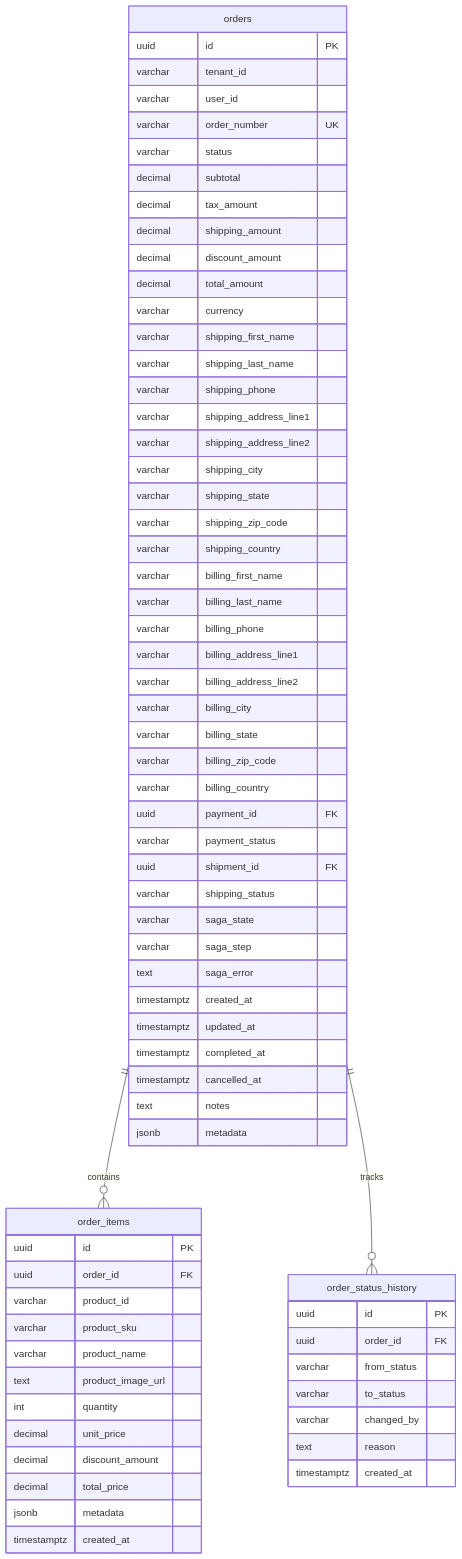
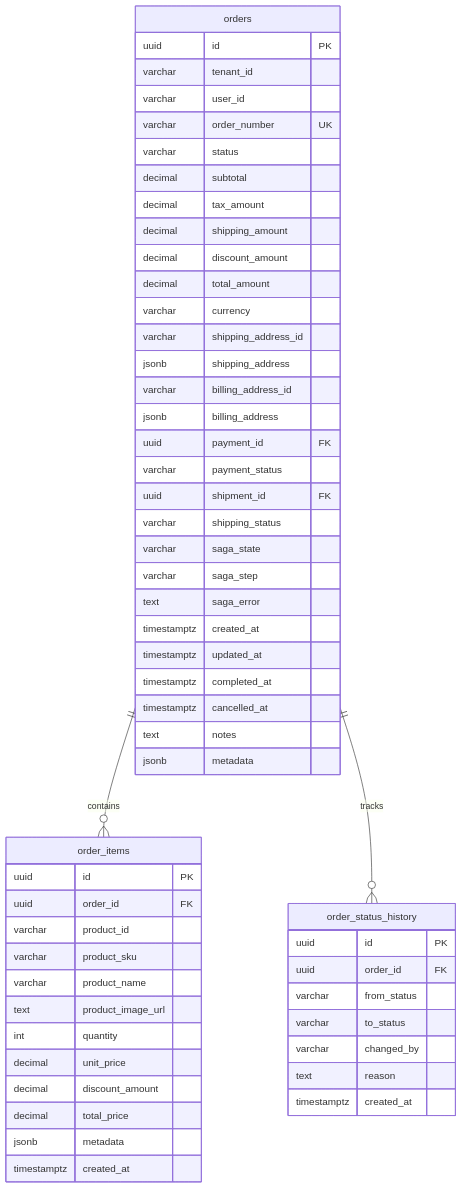
One commit to jameelvm/gearify-dev changed the second of 5 diagrams in documentation/checkout and order/DATABASE_SCHEMA.md. Above: the diagram before and after it, drawn with Mermaid. The commit also changed other lines of this file and 1 other file, not shown here.

Commit message:
fix: update order table with shipping as jsonb

````diff
--- a/documentation/checkout and order/DATABASE_SCHEMA.md
+++ b/documentation/checkout and order/DATABASE_SCHEMA.md
@@ -46,75 +46,61 @@
 ```mermaid
 erDiagram
     orders {
         uuid id PK
         varchar tenant_id
         varchar user_id
         varchar order_number UK
         varchar status
         decimal subtotal
         decimal tax_amount
         decimal shipping_amount
         decimal discount_amount
         decimal total_amount
         varchar currency
-        varchar shipping_first_name
-        varchar shipping_last_name
-        varchar shipping_phone
-        varchar shipping_address_line1
-        varchar shipping_address_line2
-        varchar shipping_city
-        varchar shipping_state
-        varchar shipping_zip_code
-        varchar shipping_country
-        varchar billing_first_name
-        varchar billing_last_name
-        varchar billing_phone
-        varchar billing_address_line1
-        varchar billing_address_line2
-        varchar billing_city
-        varchar billing_state
-        varchar billing_zip_code
-        varchar billing_country
+        varchar shipping_address_id
+        jsonb shipping_address
+        varchar billing_address_id
+        jsonb billing_address
         uuid payment_id FK
         varchar payment_status
         uuid shipment_id FK
         varchar shipping_status
         varchar saga_state
         varchar saga_step
         text saga_error
         timestamptz created_at
         timestamptz updated_at
         timestamptz completed_at
         timestamptz cancelled_at
         text notes
         jsonb metadata
     }
 
     order_items {
         uuid id PK
         uuid order_id FK
         varchar product_id
         varchar product_sku
         varchar product_name
         text product_image_url
         int quantity
         decimal unit_price
         decimal discount_amount
         decimal total_price
         jsonb metadata
         timestamptz created_at
     }
 
     order_status_history {
         uuid id PK
         uuid order_id FK
         varchar from_status
         varchar to_status
         varchar changed_by
         text reason
         timestamptz created_at
     }
 
     orders ||--o{ order_items : contains
     orders ||--o{ order_status_history : tracks
 ```
````
